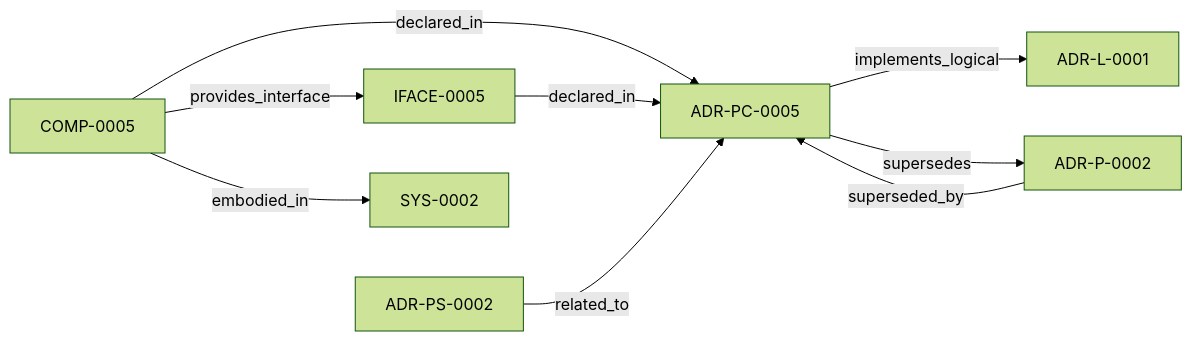
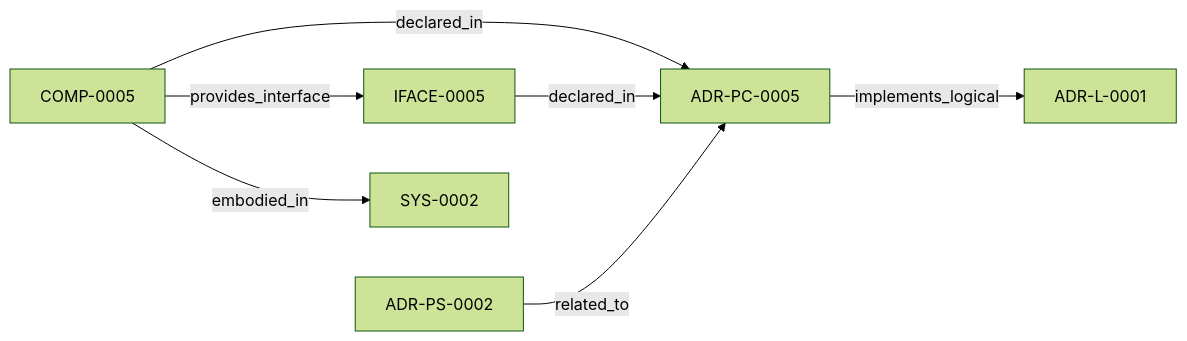
One commit to egallmann/ste-runtime changed the diagram in adrs/adr-projection/physical-component/ADR-PC-0005-json-semantic-extraction.md. Above: the diagram before and after it, drawn with Mermaid (forest theme). The commit also changed other lines of this file and 57 other files, not shown here.

````diff
--- a/adrs/adr-projection/physical-component/ADR-PC-0005-json-semantic-extraction.md
+++ b/adrs/adr-projection/physical-component/ADR-PC-0005-json-semantic-extraction.md
@@ -43,18 +43,15 @@
 ```mermaid
 flowchart LR
   n_019ff84e_4ece_791b_822f_21f537c95340["ADR-L-0001"]
   n_019ff84e_4ecf_7117_853b_c869ac6d7ba6["ADR-PC-0005"]
   n_019ff84e_4ecf_774e_b239_5c80be840bd0["COMP-0005"]
   n_019ff84e_4ecf_7aae_a83f_1be809df43ad["IFACE-0005"]
   n_019ff84e_4ed0_73d5_aa3f_dfbfd18b339c["ADR-PS-0002"]
   n_019ff84e_4ed0_767d_a90d_e98e673532cc["SYS-0002"]
-  n_019ff84e_4ed0_7ba6_a33f_812df2eef432["ADR-P-0002"]
   n_019ff84e_4ecf_774e_b239_5c80be840bd0 -->|"declared_in"| n_019ff84e_4ecf_7117_853b_c869ac6d7ba6
   n_019ff84e_4ecf_7aae_a83f_1be809df43ad -->|"declared_in"| n_019ff84e_4ecf_7117_853b_c869ac6d7ba6
   n_019ff84e_4ecf_774e_b239_5c80be840bd0 -->|"embodied_in"| n_019ff84e_4ed0_767d_a90d_e98e673532cc
   n_019ff84e_4ecf_7117_853b_c869ac6d7ba6 -->|"implements_logical"| n_019ff84e_4ece_791b_822f_21f537c95340
   n_019ff84e_4ecf_774e_b239_5c80be840bd0 -->|"provides_interface"| n_019ff84e_4ecf_7aae_a83f_1be809df43ad
   n_019ff84e_4ed0_73d5_aa3f_dfbfd18b339c -->|"related_to"| n_019ff84e_4ecf_7117_853b_c869ac6d7ba6
-  n_019ff84e_4ed0_7ba6_a33f_812df2eef432 -->|"superseded_by"| n_019ff84e_4ecf_7117_853b_c869ac6d7ba6
-  n_019ff84e_4ecf_7117_853b_c869ac6d7ba6 -->|"supersedes"| n_019ff84e_4ed0_7ba6_a33f_812df2eef432
 ```
````
